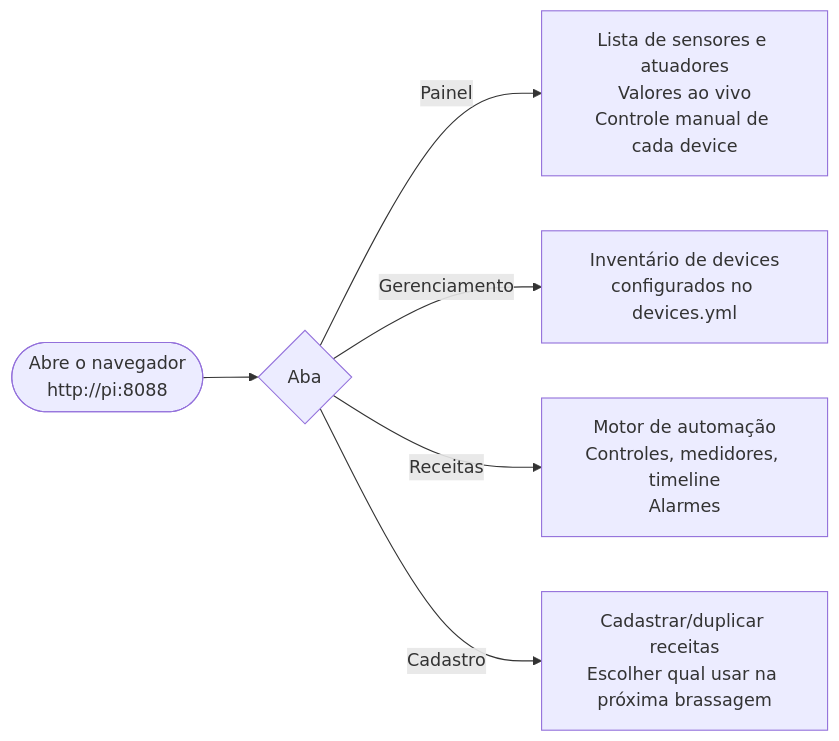
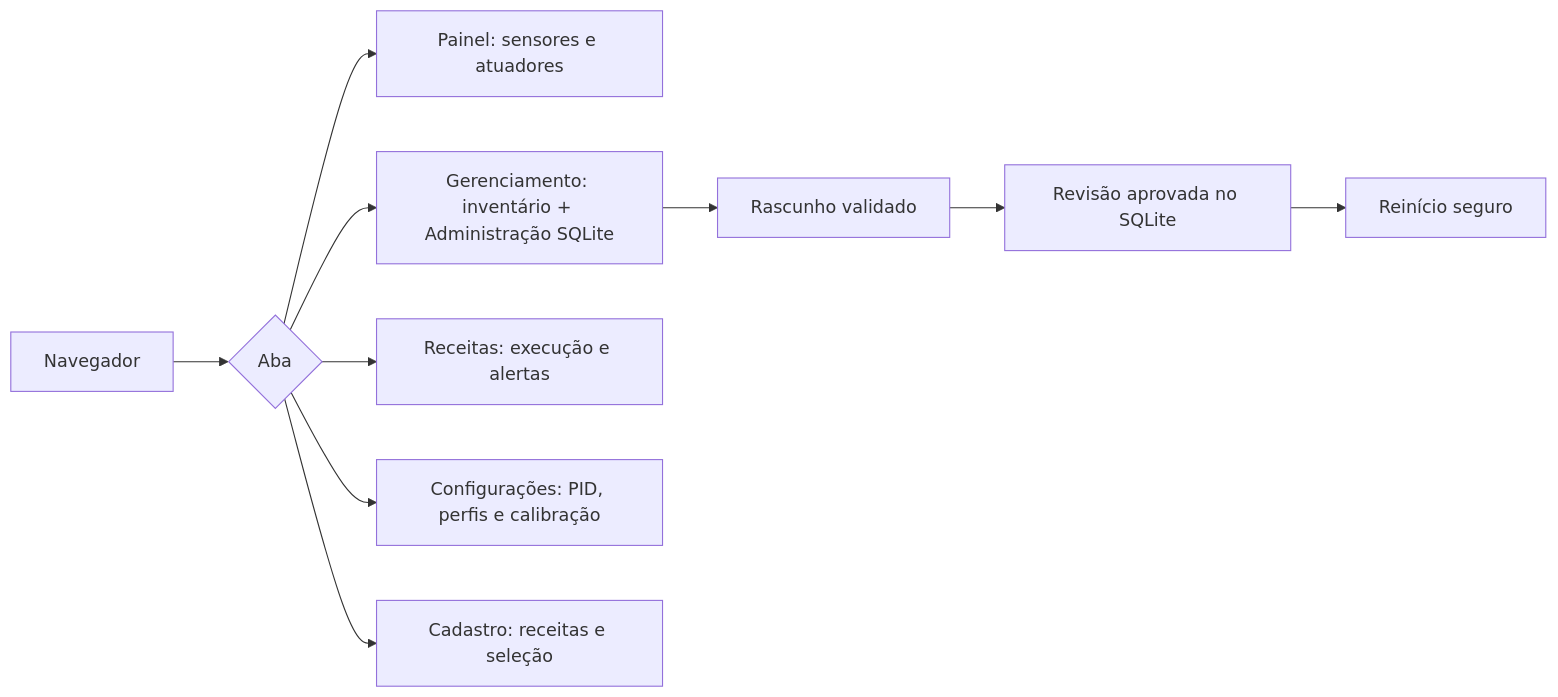
One commit to ChristopherNicolasSMM/Tesseract-Device-Bridge changed the first of 2 diagrams in docs/manual/03-funcionalidades.md. Above: the diagram before and after it, drawn with Mermaid. The commit also changed other lines of this file and 17 other files, not shown here.

````diff
--- a/docs/manual/03-funcionalidades.md
+++ b/docs/manual/03-funcionalidades.md
@@ -7,8 +7,12 @@
 ```mermaid
 flowchart LR
-    A([Abre o navegador\nhttp://pi:8088]) --> B{Aba}
-    B -->|"Painel"| C["Lista de sensores e atuadores\nValores ao vivo\nControle manual de cada device"]
-    B -->|"Gerenciamento"| D["Inventário de devices\nconfigurados no devices.yml"]
-    B -->|"Receitas"| E["Motor de automação\nControles, medidores, timeline\nAlarmes"]
-    B -->|"Cadastro"| F["Cadastrar/duplicar receitas\nEscolher qual usar na próxima brassagem"]
+    A[Navegador] --> B{Aba}
+    B --> C[Painel: sensores e atuadores]
+    B --> D[Gerenciamento: inventário + Administração SQLite]
+    B --> E[Receitas: execução e alertas]
+    B --> F[Configurações: PID, perfis e calibração]
+    B --> G[Cadastro: receitas e seleção]
+    D --> H[Rascunho validado]
+    H --> I[Revisão aprovada no SQLite]
+    I --> J[Reinício seguro]
 ```
````
